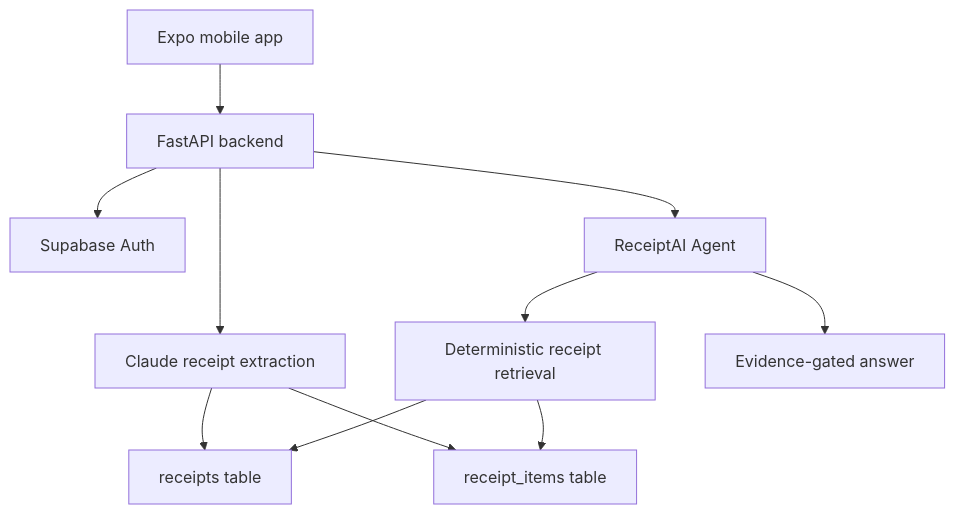
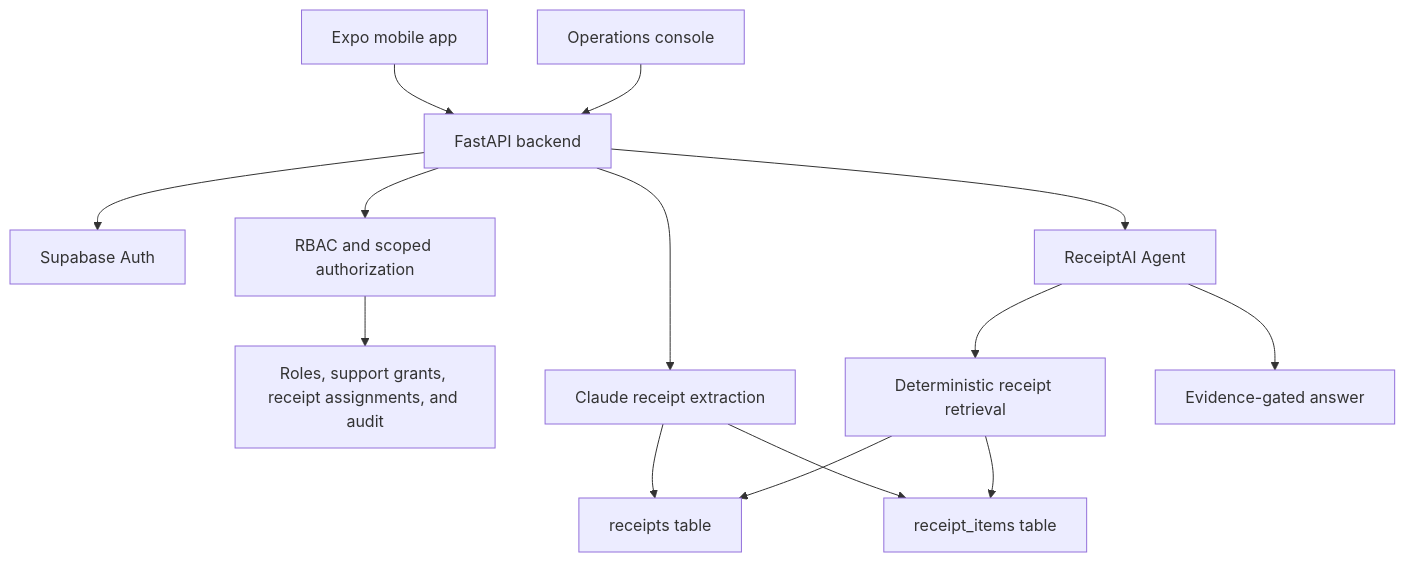
One commit to reddy-rbg/receipt-scanner-app changed the diagram in README.md. Above: the diagram before and after it, drawn with Mermaid. The commit also changed other lines of this file, not shown here.

Commit message:
docs: document production operations and access control

````diff
--- a/README.md
+++ b/README.md
@@ -53,13 +56,16 @@
 ```mermaid
 flowchart TD
   A["Expo mobile app"] --> B["FastAPI backend"]
+  J["Operations console"] --> B
   B --> C["Supabase Auth"]
+  B --> K["RBAC and scoped authorization"]
+  K --> L["Roles, support grants, receipt assignments, and audit"]
   B --> D["Claude receipt extraction"]
   D --> E["receipts table"]
   D --> F["receipt_items table"]
   B --> G["ReceiptAI Agent"]
   G --> H["Deterministic receipt retrieval"]
   H --> F
   H --> E
   G --> I["Evidence-gated answer"]
 ```
````
